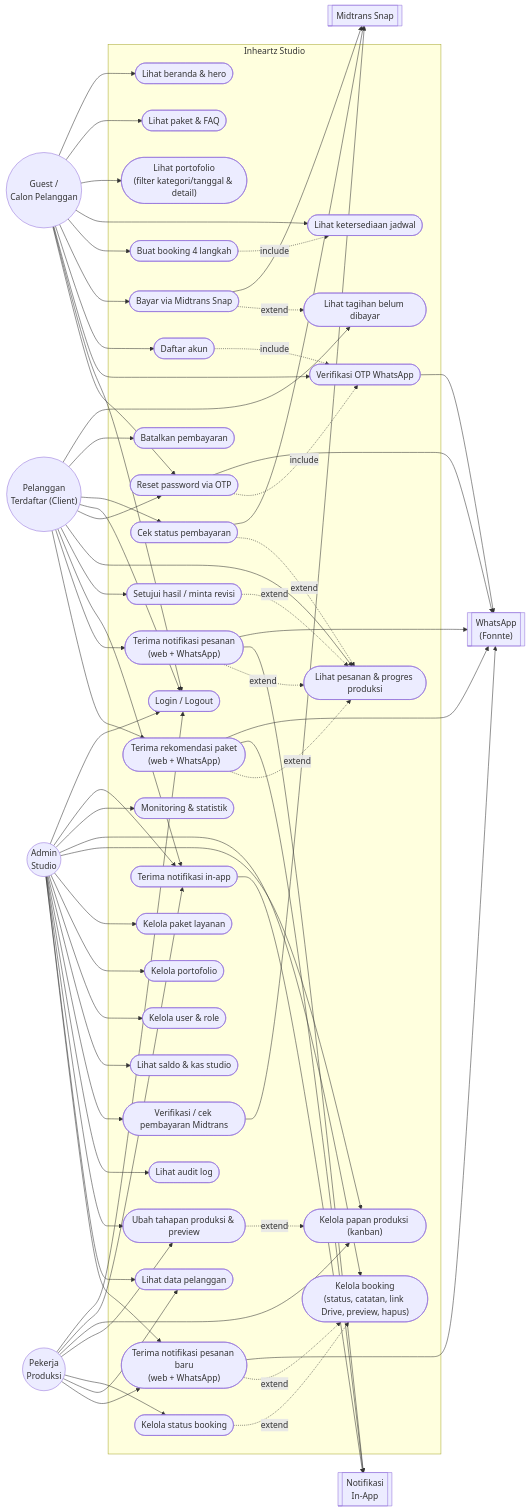
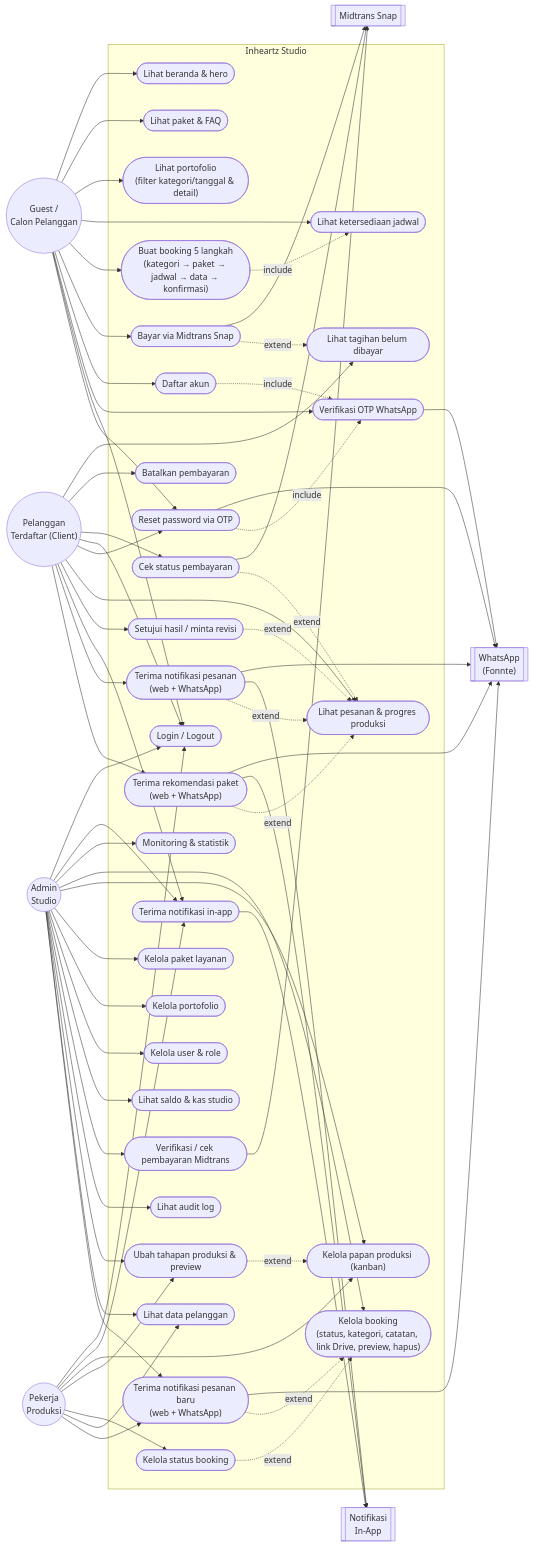
One commit to AkuPemulaCode/Studio-Visual changed the second of 14 diagrams in diagrams/DIAGRAM.md. Above: the diagram before and after it, drawn with Mermaid. The commit also changed other lines of this file and 29 other files, not shown here.

```diff
--- a/diagrams/DIAGRAM.md
+++ b/diagrams/DIAGRAM.md
@@ -37,7 +56,7 @@
         uc02(["Lihat paket & FAQ"])
         uc03(["Lihat portofolio<br/>(filter kategori/tanggal & detail)"])
         uc04(["Lihat ketersediaan jadwal"])
-        uc05(["Buat booking 4 langkah"])
+        uc05(["Buat booking 5 langkah<br/>(kategori → paket → jadwal → data → konfirmasi)"])
         uc06(["Bayar via Midtrans Snap"])
         uc07(["Lihat tagihan belum dibayar"])
         uc08(["Batalkan pembayaran"])
@@ -50,7 +69,7 @@
         uc15(["Setujui hasil / minta revisi"])
         uc16(["Terima notifikasi in-app"])
         uc17(["Monitoring & statistik"])
-        uc18(["Kelola booking<br/>(status, catatan, link Drive, preview, hapus)"])
+        uc18(["Kelola booking<br/>(status, kategori, catatan, link Drive, preview, hapus)"])
         uc19(["Kelola papan produksi (kanban)"])
         uc20(["Kelola paket layanan"])
         uc21(["Kelola portofolio"])
```
